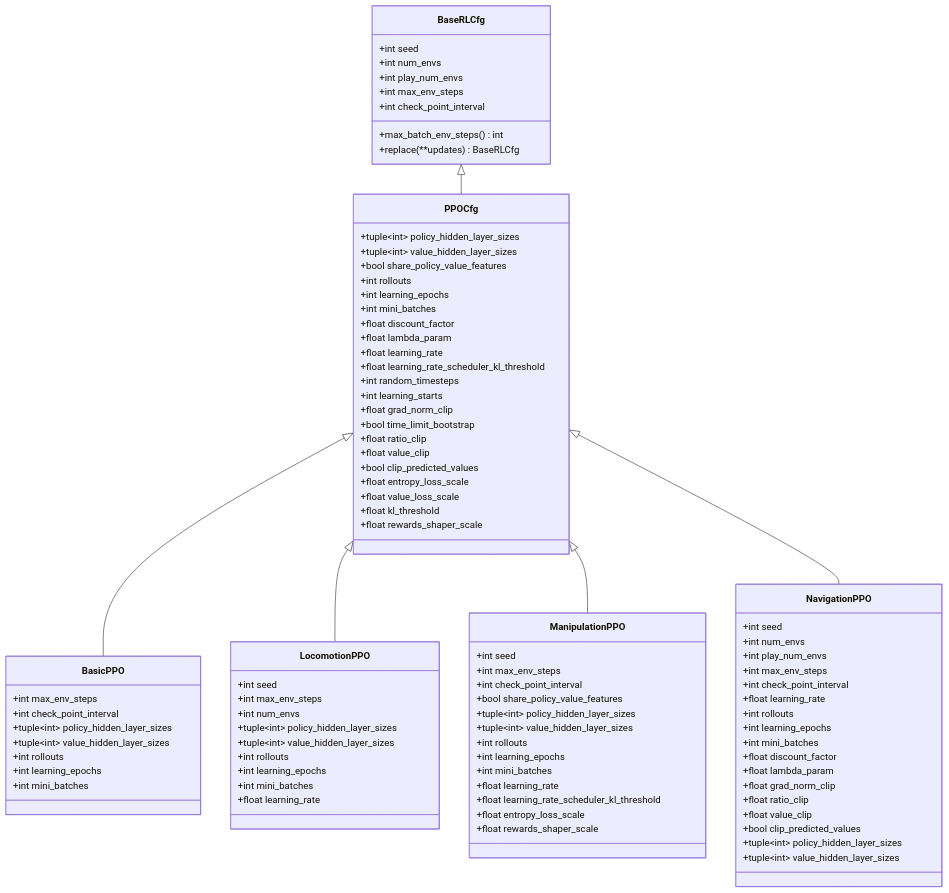
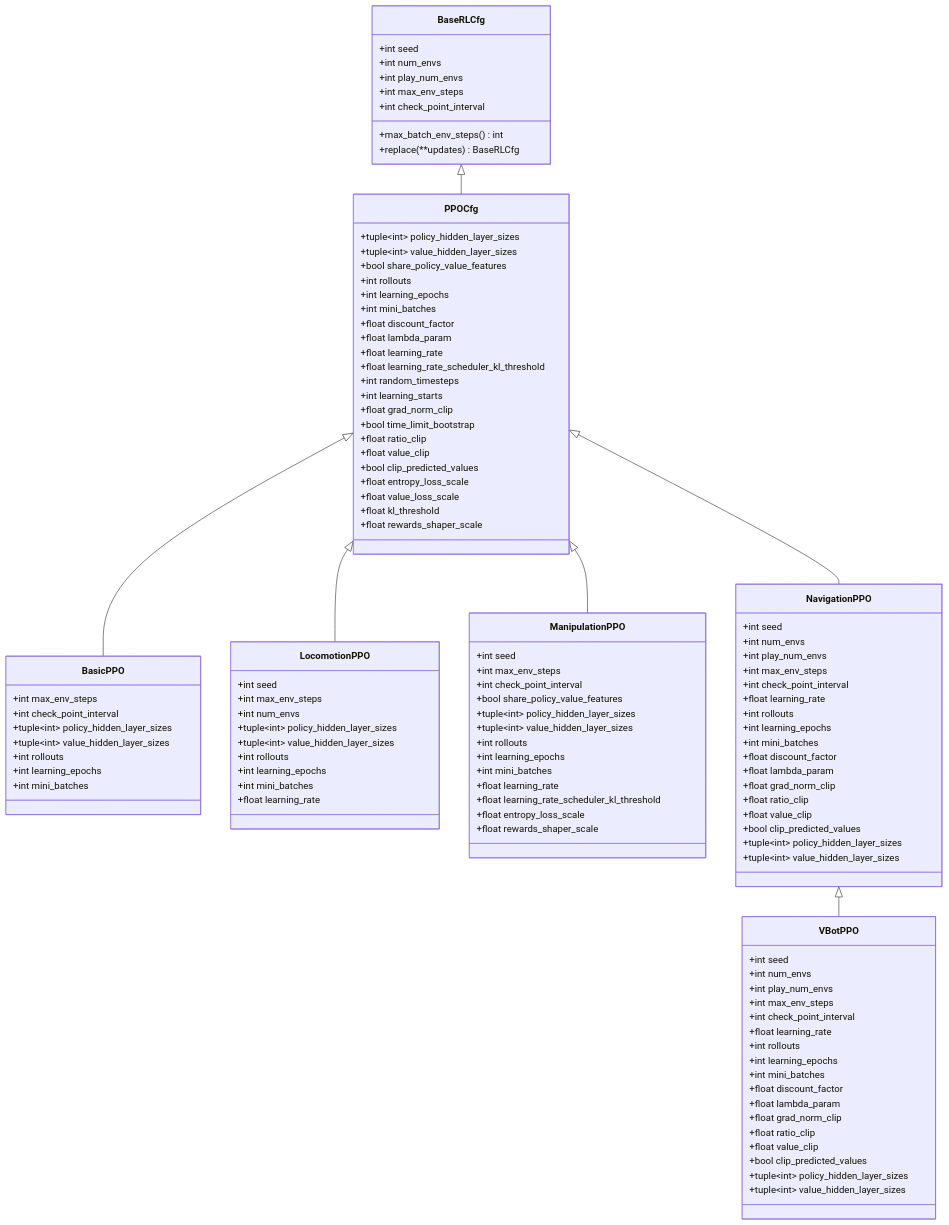
Before and after one commit to jayjayhust/MotrixLab: the seventh of 11 diagrams in .qoder/repowiki/en/content/Configuration System.md, drawn with Mermaid. The commit also changed other lines of this file and 15 other files, not shown here.

````diff
--- a/.qoder/repowiki/en/content/Configuration System.md
+++ b/.qoder/repowiki/en/content/Configuration System.md
@@ -350,9 +522,29 @@
 +tuple~int~ policy_hidden_layer_sizes
 +tuple~int~ value_hidden_layer_sizes
 }
+class VBotPPO {
++int seed
++int num_envs
++int play_num_envs
++int max_env_steps
++int check_point_interval
++float learning_rate
++int rollouts
++int learning_epochs
++int mini_batches
++float discount_factor
++float lambda_param
++float grad_norm_clip
++float ratio_clip
++float value_clip
++bool clip_predicted_values
++tuple~int~ policy_hidden_layer_sizes
++tuple~int~ value_hidden_layer_sizes
+}
 BaseRLCfg <|-- PPOCfg
 PPOCfg <|-- BasicPPO
 PPOCfg <|-- LocomotionPPO
 PPOCfg <|-- ManipulationPPO
 PPOCfg <|-- NavigationPPO
+NavigationPPO <|-- VBotPPO
 ```
````
